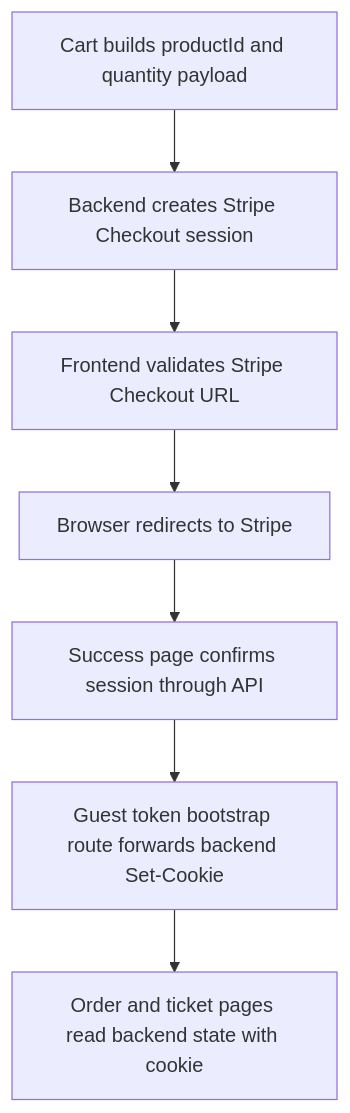
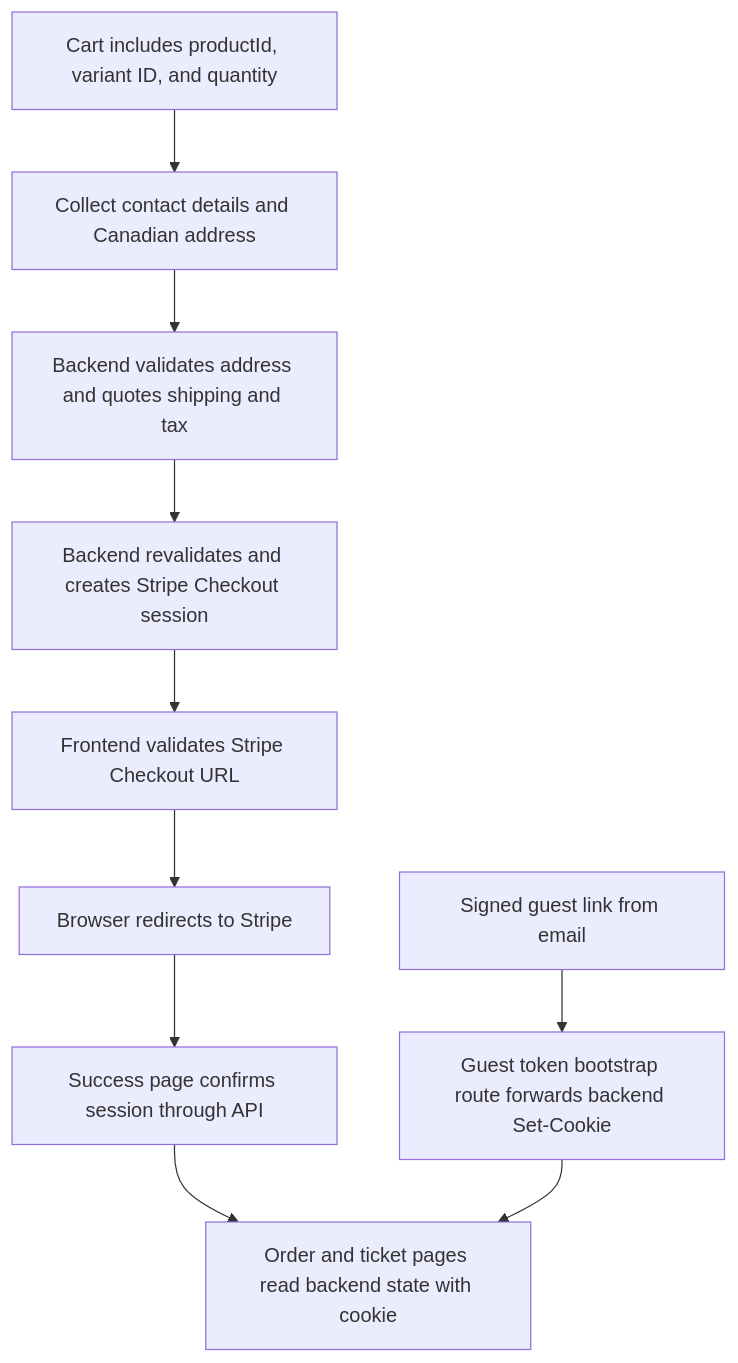
Before and after one commit to LouisDev314/popbox-studio-next: the second of 4 diagrams in README.md, drawn with Mermaid. The commit also changed other lines of this file, not shown here.

````diff
--- a/README.md
+++ b/README.md
@@ -111,9 +126,12 @@
 ```mermaid
 flowchart TD
-    A[Cart builds productId and quantity payload] --> B[Backend creates Stripe Checkout session]
+    A[Cart includes productId, variant ID, and quantity] --> Q[Collect contact details and Canadian address]
+    Q --> R[Backend validates address and quotes shipping and tax]
+    R --> B[Backend revalidates and creates Stripe Checkout session]
     B --> C[Frontend validates Stripe Checkout URL]
     C --> D[Browser redirects to Stripe]
     D --> E[Success page confirms session through API]
-    E --> F[Guest token bootstrap route forwards backend Set-Cookie]
-    F --> G[Order and ticket pages read backend state with cookie]
+    E --> G[Order and ticket pages read backend state with cookie]
+    L[Signed guest link from email] --> F[Guest token bootstrap route forwards backend Set-Cookie]
+    F --> G
 ```
````
